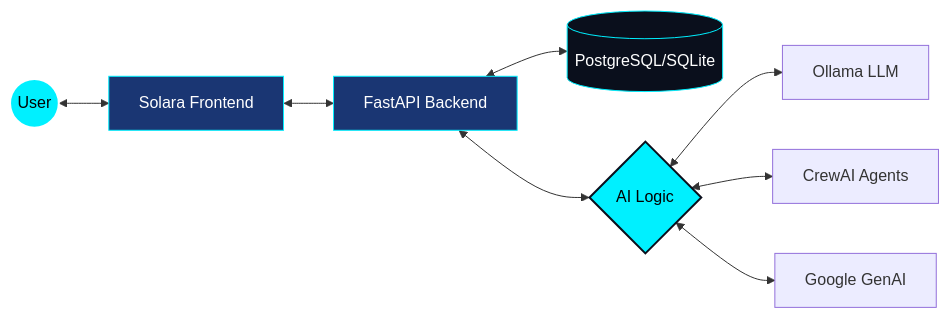
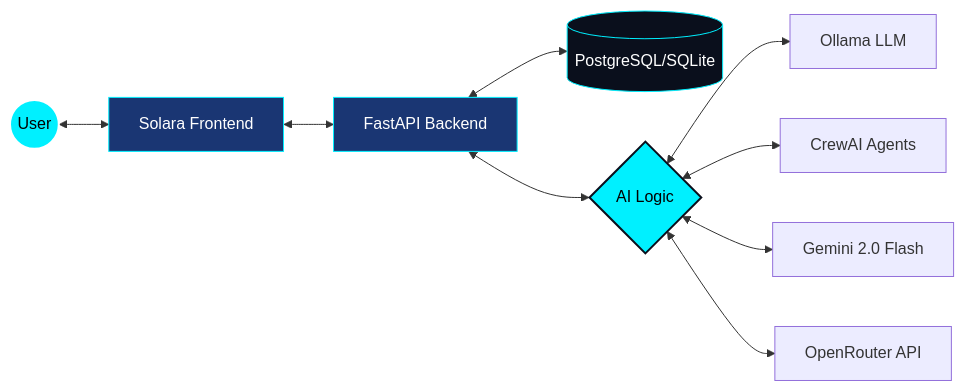
One commit to keshavmishra27/BlueprintAI changed the second of 2 diagrams in README.md. Above: the diagram before and after it, drawn with Mermaid. The commit also changed other lines of this file, not shown here.

````diff
--- a/README.md
+++ b/README.md
@@ -103,16 +109,17 @@
 ```mermaid
 graph LR
     User((User)) <--> UI[Solara Frontend]
     UI <--> API[FastAPI Backend]
     API <--> DB[(PostgreSQL/SQLite)]
     API <--> AI{AI Logic}
     AI <--> Ollama[Ollama LLM]
     AI <--> CrewAI[CrewAI Agents]
-    AI <--> GoogleAI[Google GenAI]
+    AI <--> Gemini[Gemini 2.0 Flash]
+    AI <--> OpenRouter[OpenRouter API]
     
     style User fill:#00f0ff,stroke:#fff,stroke-width:2px,color:#000
     style UI fill:#1A3673,stroke:#00f0ff,stroke-width:1px,color:#fff
     style API fill:#1A3673,stroke:#00f0ff,stroke-width:1px,color:#fff
     style DB fill:#0A0F1C,stroke:#00f0ff,stroke-width:1px,color:#fff
     style AI fill:#00f0ff,stroke:#0A0F1C,stroke-width:2px,color:#000
 ```
````
